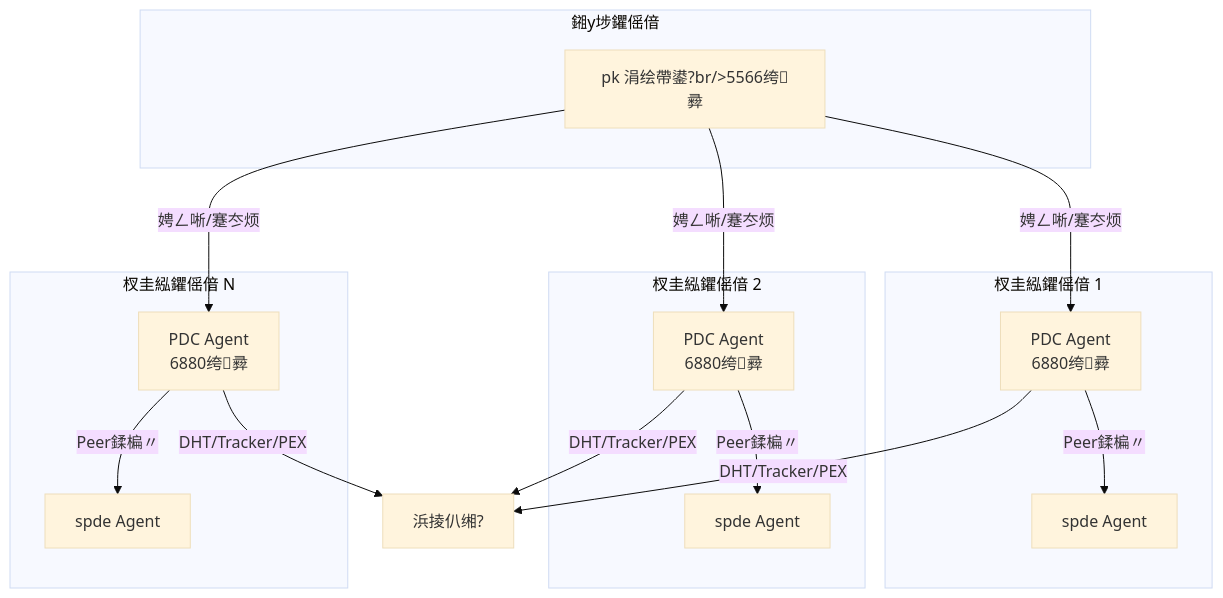
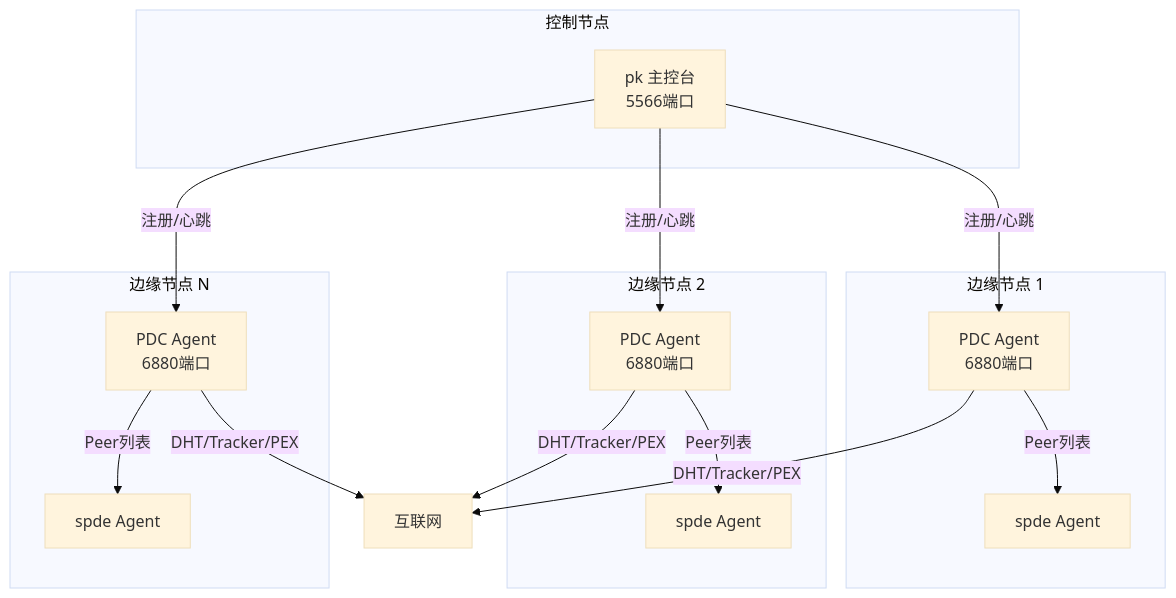
The third of 3 diagrams in docs/architecture/01-system-context.md (PandaNetOS/pdc), drawn with Mermaid before and after one commit. The commit also changed other lines of this file and 4 other files, not shown here.

````diff
--- a/docs/architecture/01-system-context.md
+++ b/docs/architecture/01-system-context.md
@@ -96,29 +96,29 @@
 ```mermaid
 %%{init: {'theme':'base', 'themeVariables': {'fontSize':'16px'}, 'flowchart': {'nodeSpacing': 50, 'rankSpacing': 80}, 'sequence': {'actorMargin': 50, 'messageMargin': 20}}}%%
 graph TB
-    subgraph "鎺у埗鑺傜偣"
-        PK[pk 涓绘帶鍙?br/>5566绔彛]
+    subgraph "控制节点"
+        PK[pk 主控台<br/>5566端口]
     end
 
-    subgraph "杈圭紭鑺傜偣 1"
-        PDC1[PDC Agent<br/>6880绔彛]
+    subgraph "边缘节点 1"
+        PDC1[PDC Agent<br/>6880端口]
         SPDE1[spde Agent]
     end
 
-    subgraph "杈圭紭鑺傜偣 2"
-        PDC2[PDC Agent<br/>6880绔彛]
+    subgraph "边缘节点 2"
+        PDC2[PDC Agent<br/>6880端口]
         SPDE2[spde Agent]
     end
 
-    subgraph "杈圭紭鑺傜偣 N"
-        PDCn[PDC Agent<br/>6880绔彛]
+    subgraph "边缘节点 N"
+        PDCn[PDC Agent<br/>6880端口]
         SPDEn[spde Agent]
     end
 
-    PK -->|娉ㄥ唽/蹇冭烦| PDC1 & PDC2 & PDCn
-    PDC1 -->|Peer鍒楄〃| SPDE1
-    PDC2 -->|Peer鍒楄〃| SPDE2
-    PDCn -->|Peer鍒楄〃| SPDEn
+    PK -->|注册/心跳| PDC1 & PDC2 & PDCn
+    PDC1 -->|Peer列表| SPDE1
+    PDC2 -->|Peer列表| SPDE2
+    PDCn -->|Peer列表| SPDEn
 
-    PDC1 & PDC2 & PDCn -->|DHT/Tracker/PEX| 浜掕仈缃?
+    PDC1 & PDC2 & PDCn -->|DHT/Tracker/PEX| 互联网
 ```
````
